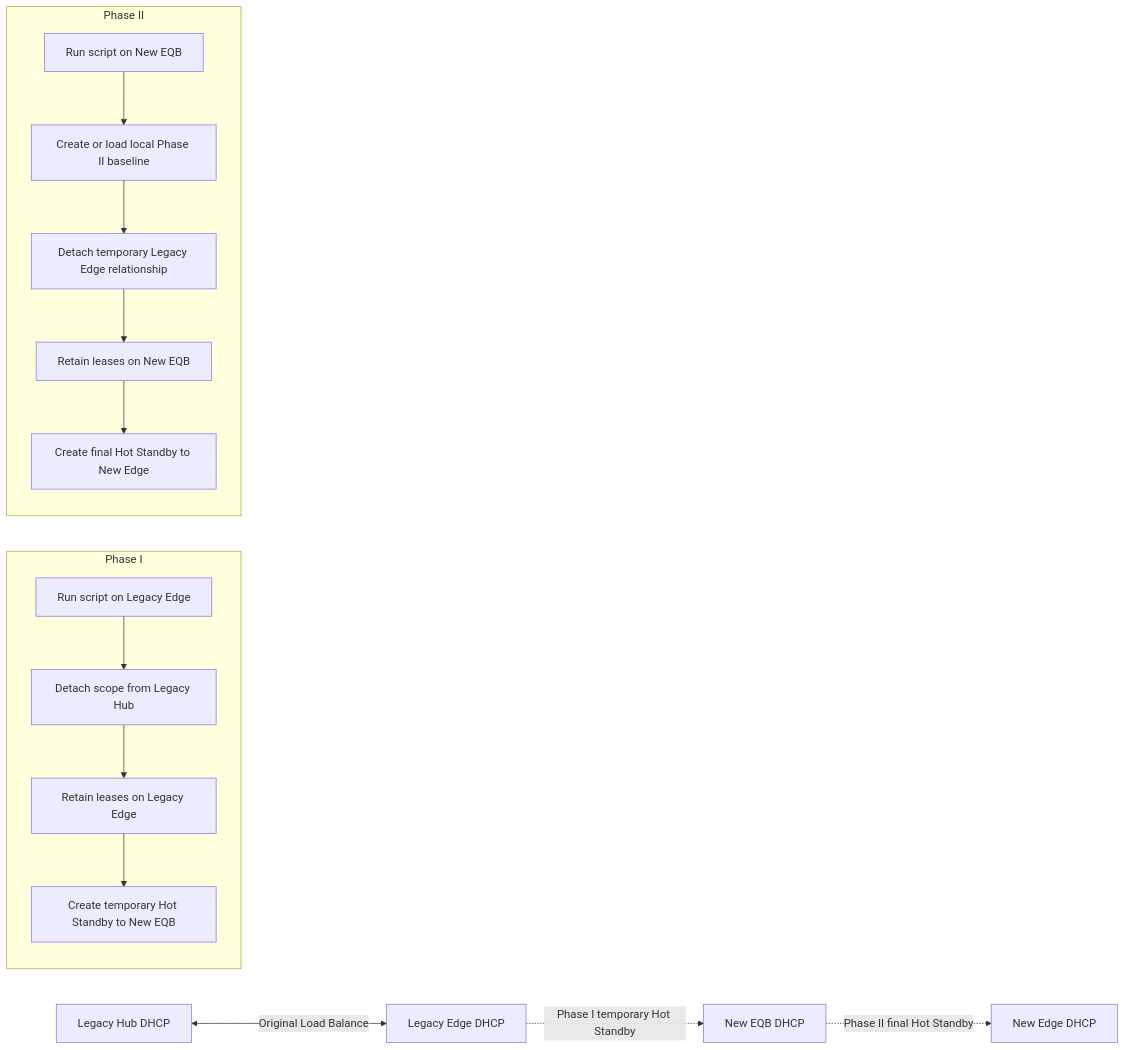
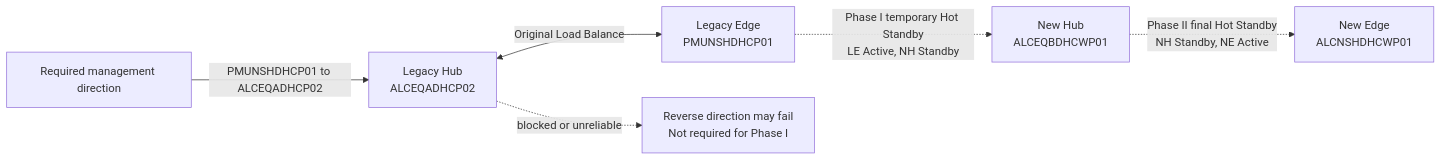
One commit to Achieve1molle/DHCP-Scope-Bulk-Migration changed the first of 4 diagrams in README.md. Above: the diagram before and after it, drawn with Mermaid. The commit also changed other lines of this file, not shown here.

````diff
--- a/README.md
+++ b/README.md
@@ -53,23 +66,16 @@
 ```mermaid
 flowchart LR
-    LH[Legacy Hub DHCP] <-->|Original Load Balance| LE[Legacy Edge DHCP]
-    LE -. Phase I temporary Hot Standby .-> EQB[New EQB DHCP]
-    EQB -. Phase II final Hot Standby .-> NE[New Edge DHCP]
+    LH[Legacy Hub<br/>ALCEQADHCP02]
+    LE[Legacy Edge<br/>PMUNSHDHCP01]
+    NH[New Hub<br/>ALCEQBDHCWP01]
+    NE[New Edge<br/>ALCNSHDHCWP01]
 
-    subgraph P1[Phase I]
-        P1A[Run script on Legacy Edge]
-        P1B[Detach scope from Legacy Hub]
-        P1C[Retain leases on Legacy Edge]
-        P1D[Create temporary Hot Standby to New EQB]
-        P1A --> P1B --> P1C --> P1D
-    end
+    LH <-->|Original Load Balance| LE
+    LE -.->|Phase I temporary Hot Standby<br/>LE Active, NH Standby| NH
+    NH -.->|Phase II final Hot Standby<br/>NH Standby, NE Active| NE
 
-    subgraph P2[Phase II]
-        P2A[Run script on New EQB]
-        P2B[Create or load local Phase II baseline]
-        P2C[Detach temporary Legacy Edge relationship]
-        P2D[Retain leases on New EQB]
-        P2E[Create final Hot Standby to New Edge]
-        P2A --> P2B --> P2C --> P2D --> P2E
-    end
+    EDGEQUERY[Required management direction]
+    BLOCKED[Reverse direction may fail<br/>Not required for Phase I]
+    EDGEQUERY -->|PMUNSHDHCP01 to ALCEQADHCP02| LH
+    LH -. blocked or unreliable .-> BLOCKED
 ```
````
